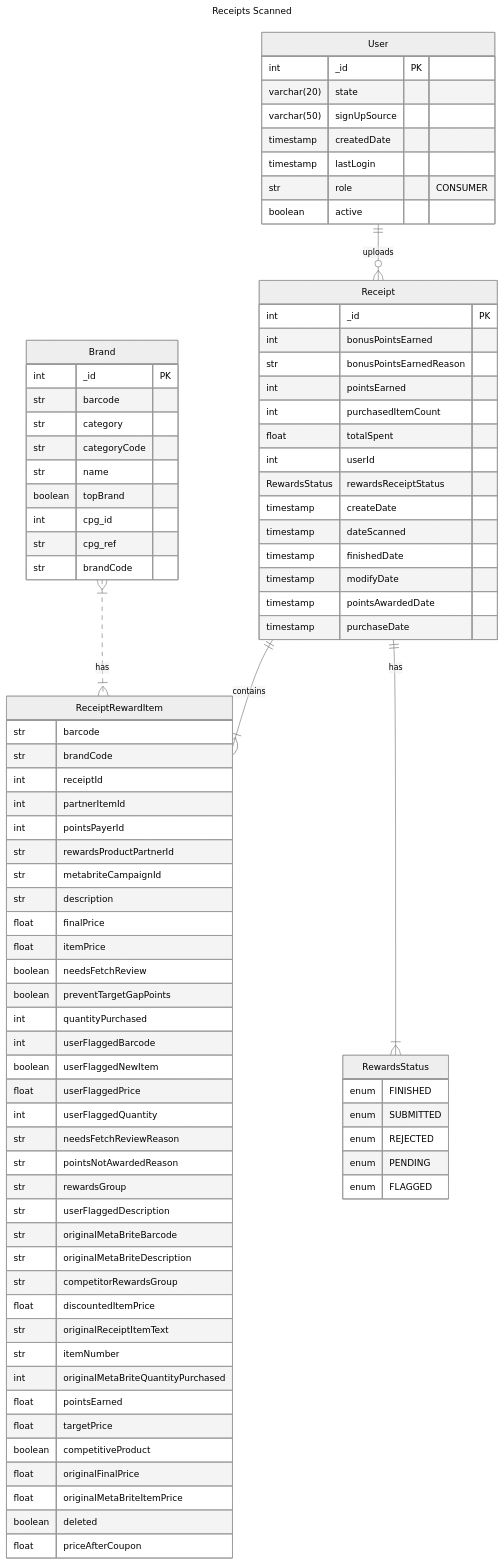
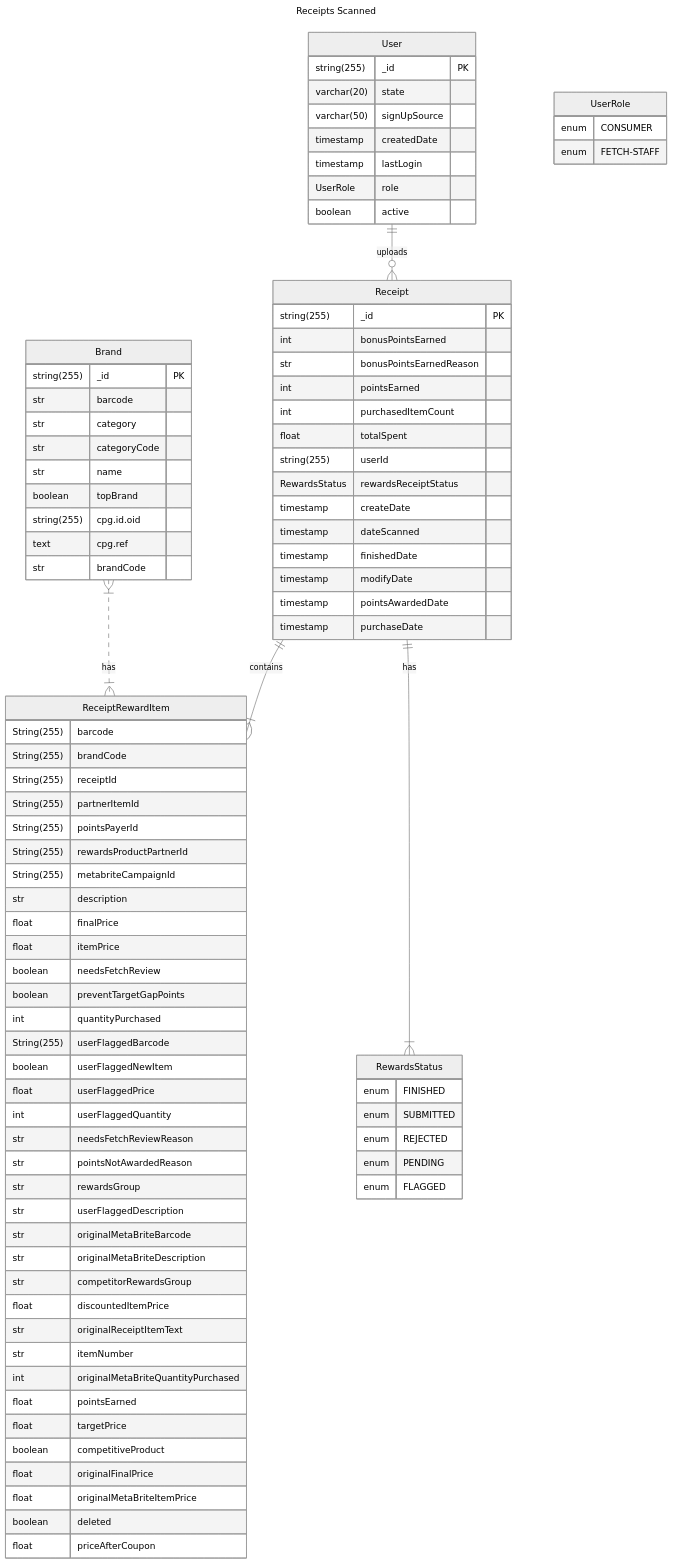
One commit to janelawrence/fetch-assignment changed the diagram in README.md. Above: the diagram before and after it, drawn with Mermaid (neutral theme). The commit also changed 1 other file, not shown here.

Commit message:
answer all queries

```diff
--- a/README.md
+++ b/README.md
@@ -14,23 +14,23 @@
     Brand }|..|{ ReceiptRewardItem : has
 
     User {
-        int _id PK
+        string(255) _id PK
         varchar(20) state
         varchar(50) signUpSource
         timestamp createdDate
         timestamp lastLogin
-        str role "CONSUMER"
+        UserRole role
         boolean active
     }
 
     Receipt {
-        int _id PK
+        string(255) _id PK
         int bonusPointsEarned
         str bonusPointsEarnedReason
         int pointsEarned
         int purchasedItemCount
         float totalSpent
-        int userId
+        string(255)  userId
         RewardsStatus rewardsReceiptStatus
         timestamp createDate
         timestamp dateScanned
@@ -48,33 +48,38 @@
         enum FLAGGED
     }
 
+    UserRole {
+        enum CONSUMER
+        enum FETCH-STAFF
+    }
+
     Brand {
-        int _id PK
+        string(255) _id PK
         str barcode
         str category
         str categoryCode
         str name
         boolean topBrand
-        int cpg_id
-        str cpg_ref
+        string(255) cpg.id.oid
+        text cpg.ref
         str brandCode
     }
 
     ReceiptRewardItem {
-        str barcode
-        str brandCode
-        int receiptId
-        int partnerItemId
-        int pointsPayerId
-        str rewardsProductPartnerId
-        str metabriteCampaignId
+        String(255) barcode
+        String(255) brandCode
+        String(255) receiptId
+        String(255) partnerItemId
+        String(255) pointsPayerId
+        String(255) rewardsProductPartnerId
+        String(255) metabriteCampaignId
         str description
         float finalPrice
         float itemPrice
         boolean needsFetchReview
         boolean preventTargetGapPoints
         int quantityPurchased
-        int userFlaggedBarcode
+        String(255) userFlaggedBarcode
         boolean userFlaggedNewItem
         float userFlaggedPrice
         int userFlaggedQuantity
```
